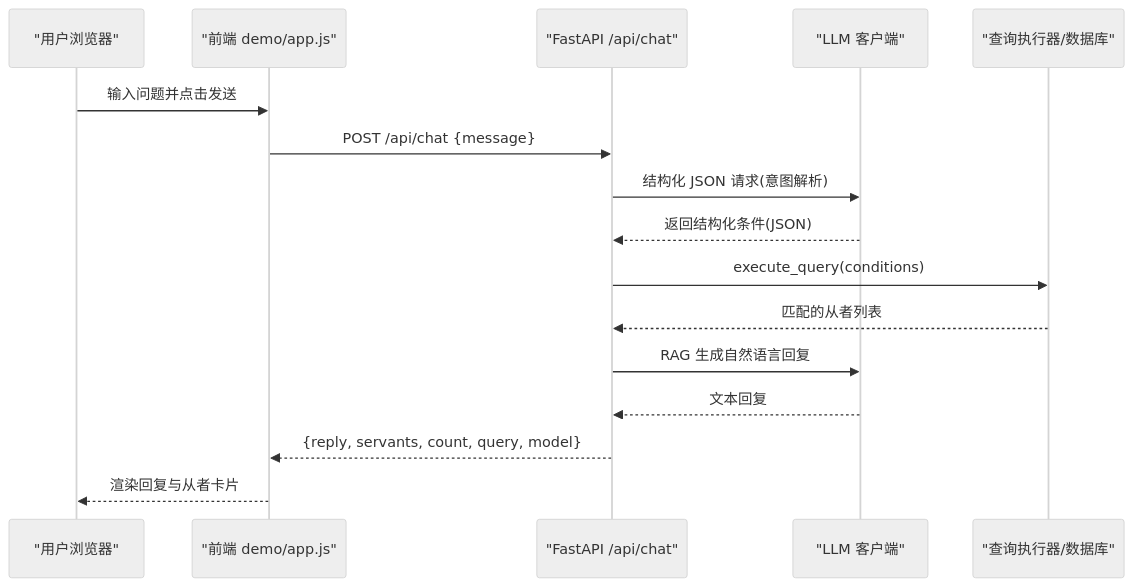
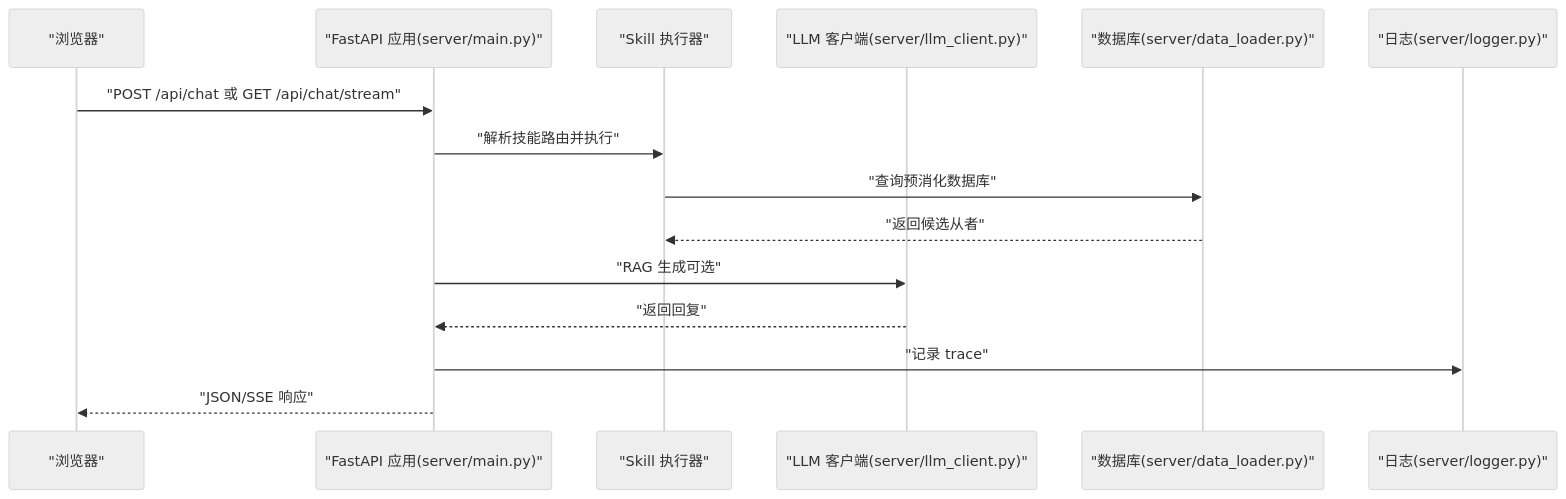
One commit to kanoha222/Laplace changed the second of 3 diagrams in .qoder/repowiki/zh/content/快速开始.md. Above: the diagram before and after it, drawn with Mermaid (neutral theme). The commit also changed other lines of this file and 56 other files, not shown here.

````diff
--- a/.qoder/repowiki/zh/content/快速开始.md
+++ b/.qoder/repowiki/zh/content/快速开始.md
@@ -125,18 +107,17 @@
 ```mermaid
 sequenceDiagram
-participant U as "用户浏览器"
-participant FE as "前端 demo/app.js"
-participant API as "FastAPI /api/chat"
-participant LLM as "LLM 客户端"
-participant DB as "查询执行器/数据库"
-U->>FE : 输入问题并点击发送
-FE->>API : POST /api/chat {message}
-API->>LLM : 结构化 JSON 请求(意图解析)
-LLM-->>API : 返回结构化条件(JSON)
-API->>DB : execute_query(conditions)
-DB-->>API : 匹配的从者列表
-API->>LLM : RAG 生成自然语言回复
-LLM-->>API : 文本回复
-API-->>FE : {reply, servants, count, query, model}
-FE-->>U : 渲染回复与从者卡片
+participant Browser as "浏览器"
+participant API as "FastAPI 应用(server/main.py)"
+participant Exec as "Skill 执行器"
+participant LLM as "LLM 客户端(server/llm_client.py)"
+participant DB as "数据库(server/data_loader.py)"
+participant Log as "日志(server/logger.py)"
+Browser->>API : "POST /api/chat 或 GET /api/chat/stream"
+API->>Exec : "解析技能路由并执行"
+Exec->>DB : "查询预消化数据库"
+DB-->>Exec : "返回候选从者"
+API->>LLM : "RAG 生成可选"
+LLM-->>API : "返回回复"
+API->>Log : "记录 trace"
+API-->>Browser : "JSON/SSE 响应"
 ```
````
